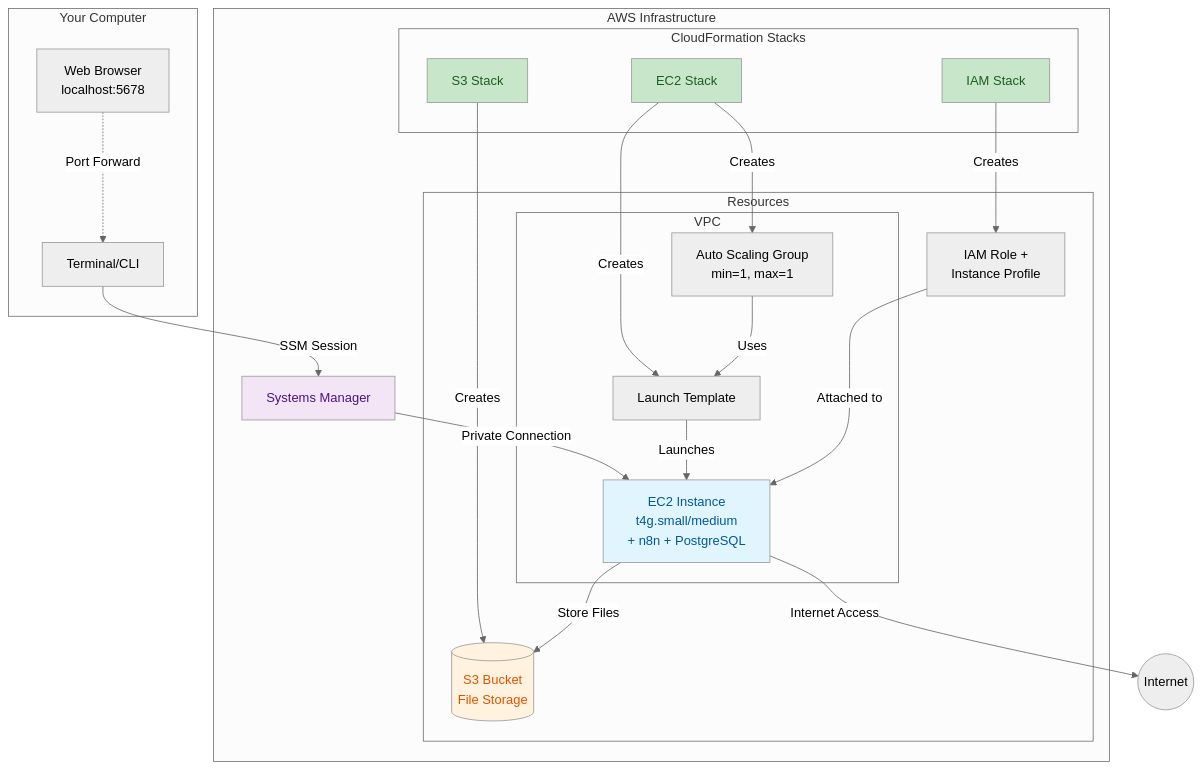
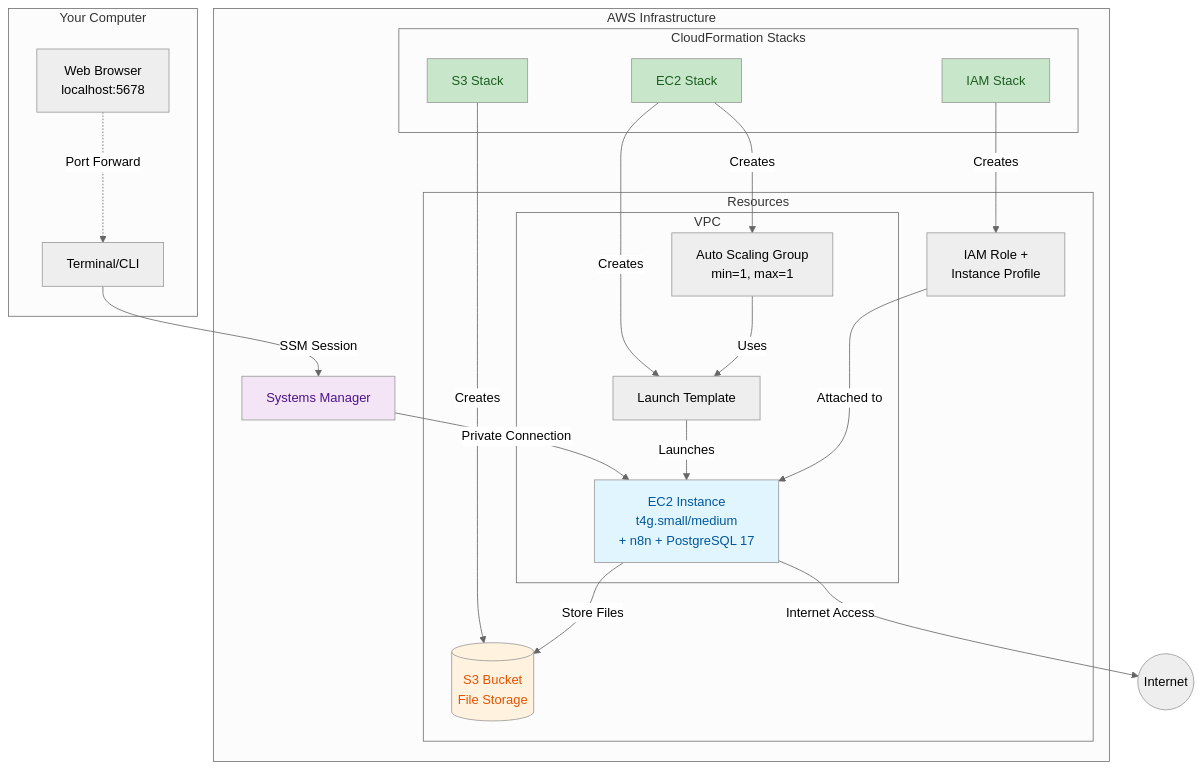
One commit to cunicopia-dev/n8n-aws-self-hosting changed the diagram in README.md. Above: the diagram before and after it, drawn with Mermaid (neutral theme). The commit also changed other lines of this file, not shown here.

````diff
--- a/README.md
+++ b/README.md
@@ -60,50 +60,50 @@
 ```mermaid
 graph TB
     subgraph "Your Computer"
         Browser[Web Browser<br/>localhost:5678]
         Terminal[Terminal/CLI]
     end
     
     subgraph "AWS Infrastructure"
         subgraph "CloudFormation Stacks"
             CF1[S3 Stack]
             CF2[IAM Stack]
             CF3[EC2 Stack]
         end
         
         subgraph "Resources"
             S3[(S3 Bucket<br/>File Storage)]
             IAM[IAM Role +<br/>Instance Profile]
             
             subgraph "VPC"
                 ASG[Auto Scaling Group<br/>min=1, max=1]
                 LT[Launch Template]
-                EC2[EC2 Instance<br/>t4g.small/medium<br/>+ n8n + PostgreSQL]
+                EC2[EC2 Instance<br/>t4g.small/medium<br/>+ n8n + PostgreSQL 17]
             end
         end
         
         SSM[Systems Manager]
     end
     
     Browser -.->|Port Forward| Terminal
     Terminal -->|SSM Session| SSM
     SSM -->|Private Connection| EC2
     
     CF1 -->|Creates| S3
     CF2 -->|Creates| IAM
     CF3 -->|Creates| ASG
     CF3 -->|Creates| LT
     
     ASG -->|Uses| LT
     LT -->|Launches| EC2
     IAM -->|Attached to| EC2
     EC2 -->|Store Files| S3
     EC2 -->|Internet Access| Internet((Internet))
     
     style EC2 fill:#e1f5fe,color:#01579b
     style S3 fill:#fff3e0,color:#e65100
     style SSM fill:#f3e5f5,color:#4a148c
     style CF1 fill:#c8e6c9,color:#1b5e20
     style CF2 fill:#c8e6c9,color:#1b5e20
     style CF3 fill:#c8e6c9,color:#1b5e20
 ```
````
